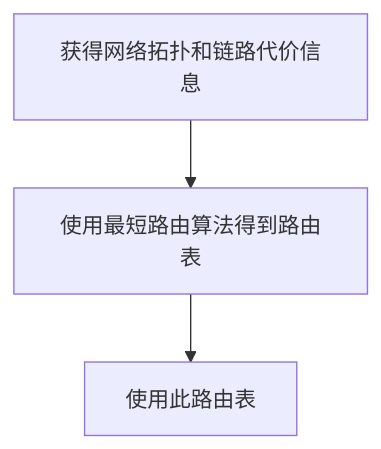
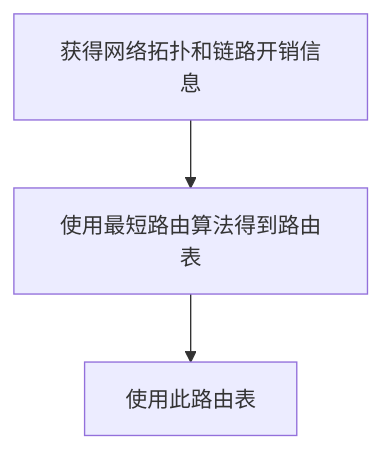
The first of 2 diagrams in 1-Theory/6-Network/Top-to-down/50-Network-layer-control-plane.md (chestNutLsj/my-cs-career), drawn with Mermaid before and after one commit. The commit also changed other lines of this file and 18 other files, not shown here.

````diff
--- a/1-Theory/6-Network/Top-to-down/50-Network-layer-control-plane.md
+++ b/1-Theory/6-Network/Top-to-down/50-Network-layer-control-plane.md
@@ -103,10 +103,10 @@
 ```mermaid
 graph TD
 
-A[获得网络拓扑和链路代价信息]
+A[获得网络拓扑和链路开销信息]
 B[使用最短路由算法得到路由表]
 C[使用此路由表]
 
 A-->B
 B-->C
 ```
````
